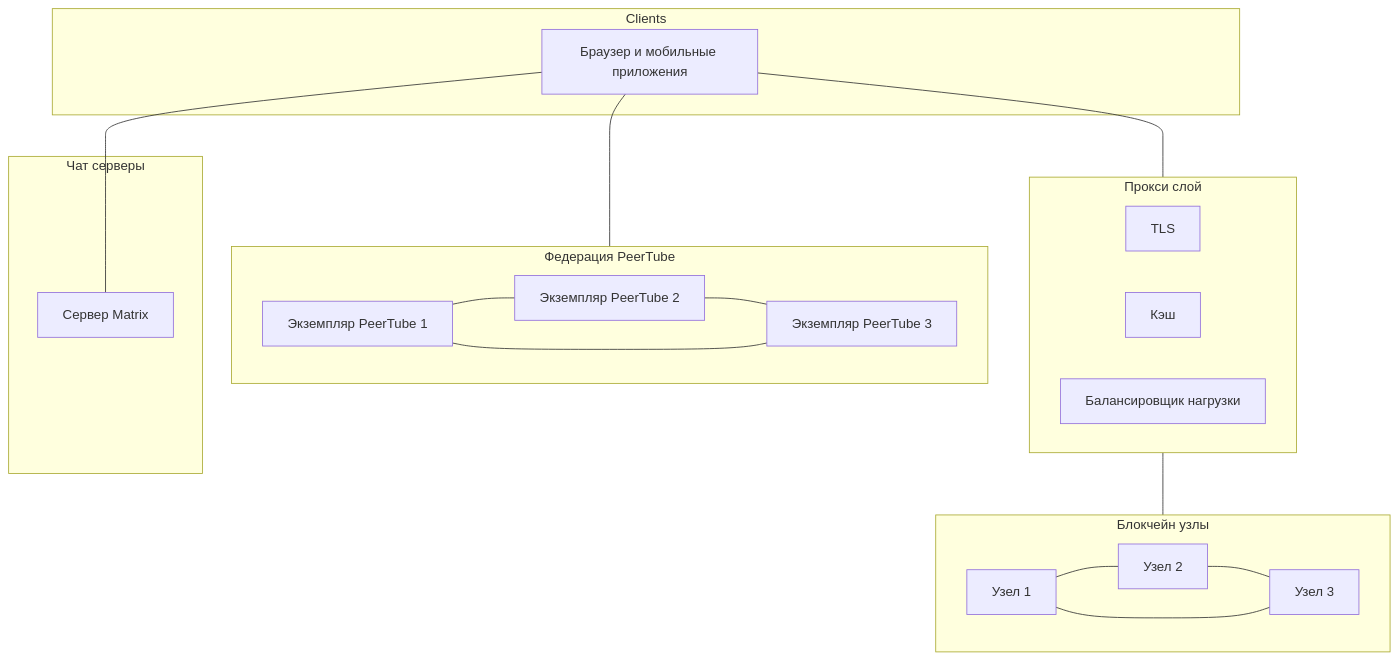
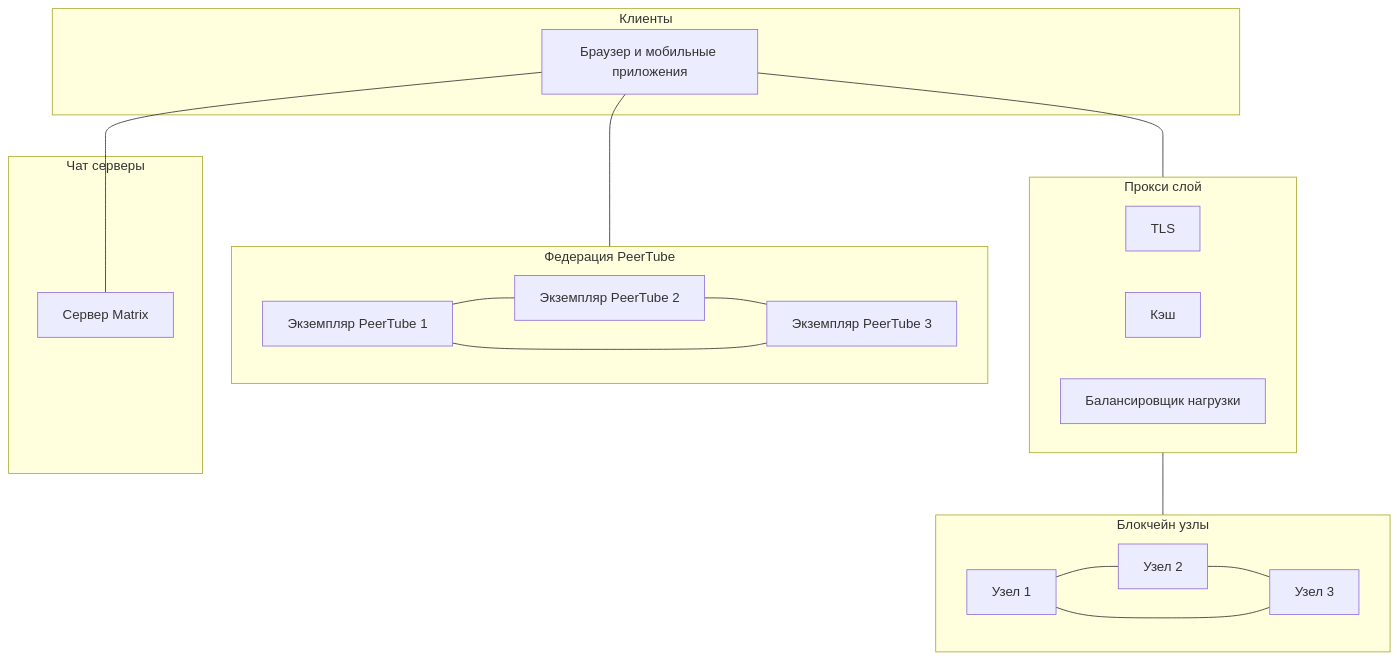
Before and after one commit to pocketnetteam/get.started: the diagram in readme_ru.md, drawn with Mermaid.

````diff
--- a/readme_ru.md
+++ b/readme_ru.md
@@ -39,49 +39,49 @@
 ```mermaid
     graph TB
-    subgraph Clients
+    subgraph Клиенты
         BA["Браузер и мобильные приложения"]
     end
 
     subgraph Proxy["Прокси слой"]
         TLS["TLS"]
         Cache["Кэш"]
         Balance["Балансировщик нагрузки"]
     end
 
     subgraph NodeCluster["Блокчейн узлы"]
         N1["Узел 1"]
         N2["Узел 2"]
         N3["Узел 3"]
     end
 
     subgraph PeerTube["Федерация PeerTube"]
         direction LR
         PT1["Экземпляр PeerTube 1"]
         PT2["Экземпляр PeerTube 2"]
         PT3["Экземпляр PeerTube 3"]
     end
 
     subgraph Chat["Чат серверы"]
         M["Сервер Matrix"]
     end
 
     %% Основные подключения инфраструктуры
     BA --- Proxy
     
     %% Единственное соединение между Прокси и Узлами
     Proxy --- NodeCluster
     
     %% Соединения блокчейн узлов
     N1 --- N2
     N2 --- N3
     N3 --- N1
     
     %% Соединения федерации PeerTube
     PT1 --- PT2
     PT2 --- PT3
     PT3 --- PT1
     
     %% Подключения клиентов к сервисам
     BA --- PT1
     BA --- M
 ```
````
